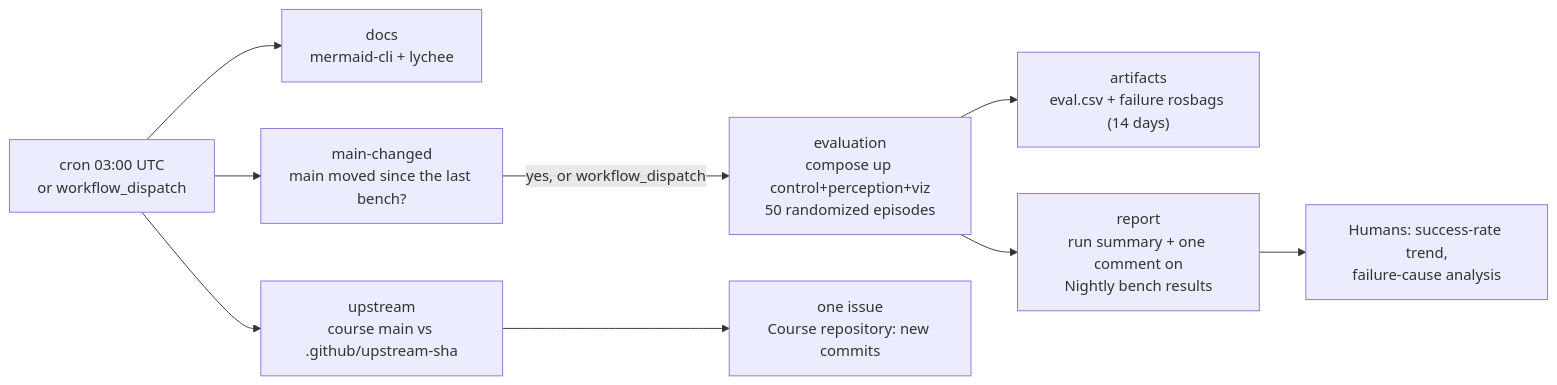
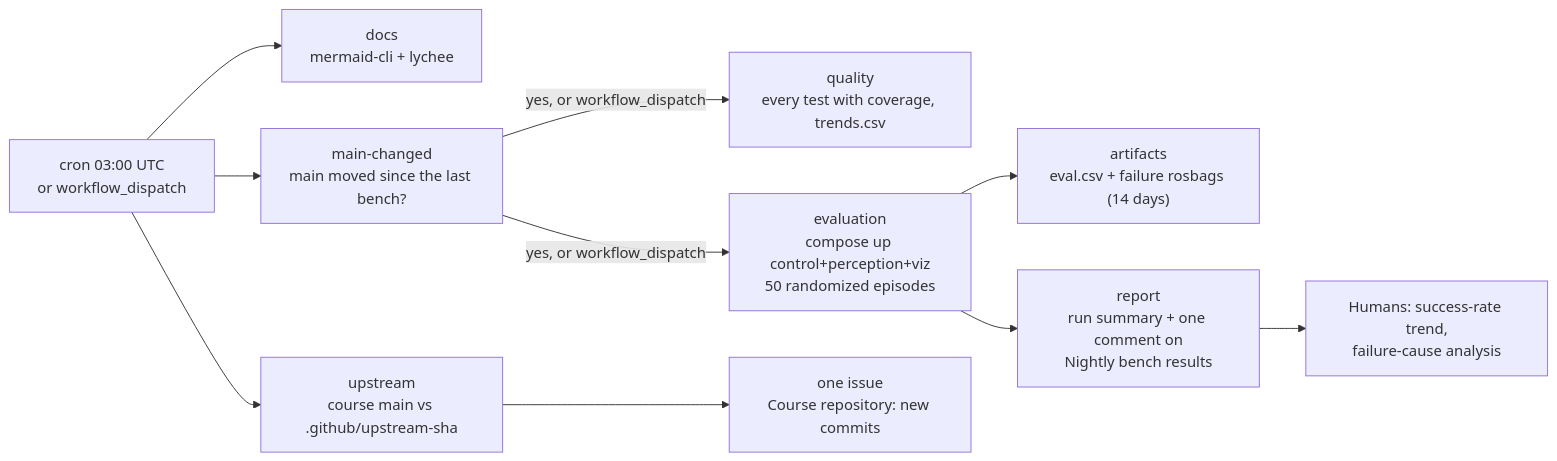
Before and after one commit to FoxaxeWasTaken/Robotics: the third of 4 diagrams in docs/project/14_quality_pipeline_ci.md, drawn with Mermaid. The commit also changed other lines of this file and 7 other files, not shown here.

First line of the commit message:
ci(nightly): IK and control-period trends, every test with coverage

````diff
--- a/docs/project/14_quality_pipeline_ci.md
+++ b/docs/project/14_quality_pipeline_ci.md
@@ -170,11 +170,12 @@
 ```mermaid
 flowchart LR
   S["cron 03:00 UTC<br/>or workflow_dispatch"] --> D["docs<br/>mermaid-cli + lychee"]
   S --> MC["main-changed<br/>main moved since the last bench?"]
+  MC -->|"yes, or workflow_dispatch"| Q["quality<br/>every test with coverage, trends.csv"]
   MC -->|"yes, or workflow_dispatch"| V["evaluation<br/>compose up control+perception+viz<br/>50 randomized episodes"]
   V --> R["artifacts<br/>eval.csv + failure rosbags (14 days)"]
   V --> B["report<br/>run summary + one comment on<br/>Nightly bench results"]
   B --> H["Humans: success-rate trend,<br/>failure-cause analysis"]
   S --> W["upstream<br/>course main vs .github/upstream-sha"]
   W --> I["one issue<br/>Course repository: new commits"]
 ```
````
